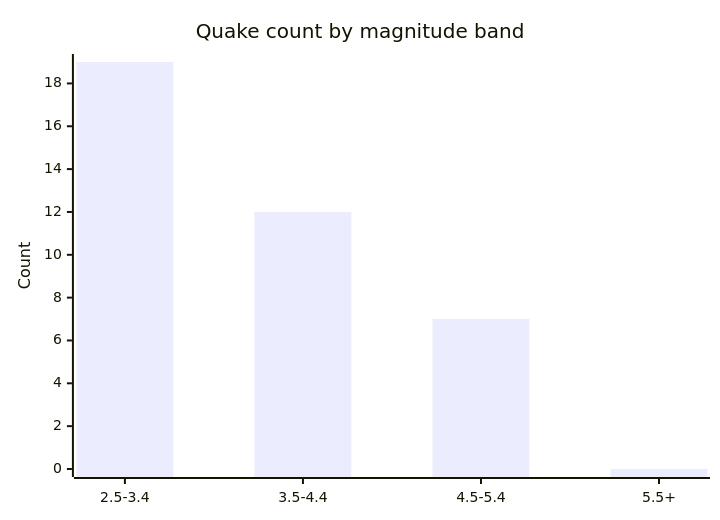
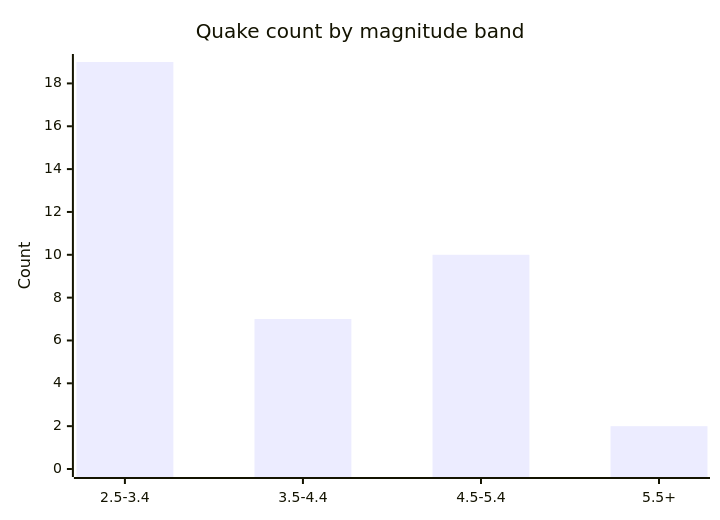
The fifth of 6 diagrams in docs/GRAPHS.md (Midwest-Stratospheric/aerostratospheric-defense-gir), drawn with Mermaid before and after one commit. The commit also changed other lines of this file and 23 other files, not shown here.

````diff
--- a/docs/GRAPHS.md
+++ b/docs/GRAPHS.md
@@ -82,7 +82,7 @@
 ```mermaid
 xychart-beta
   title "Quake count by magnitude band"
   x-axis ["2.5-3.4", "3.5-4.4", "4.5-5.4", "5.5+"]
   y-axis "Count" 0 --> 19
-  bar [19, 12, 7, 0]
+  bar [19, 7, 10, 2]
 ```
````
